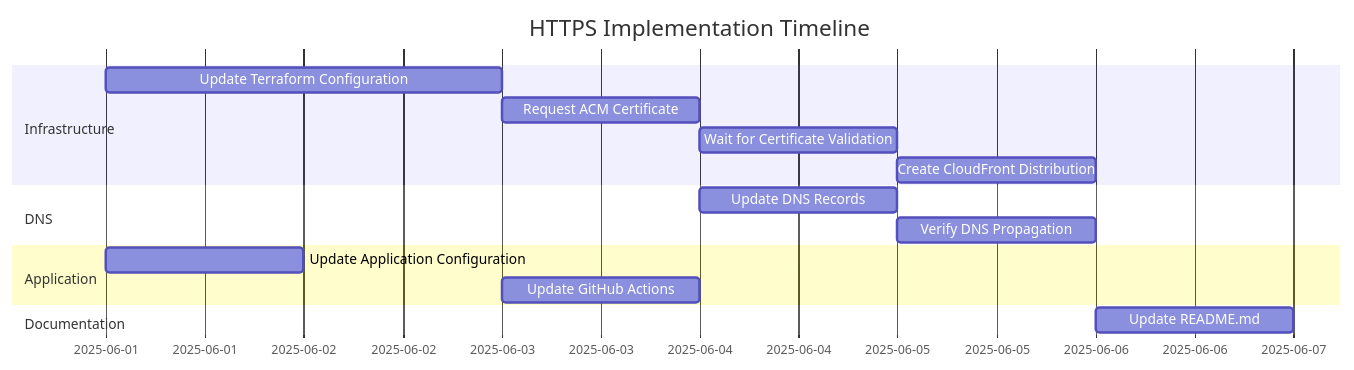
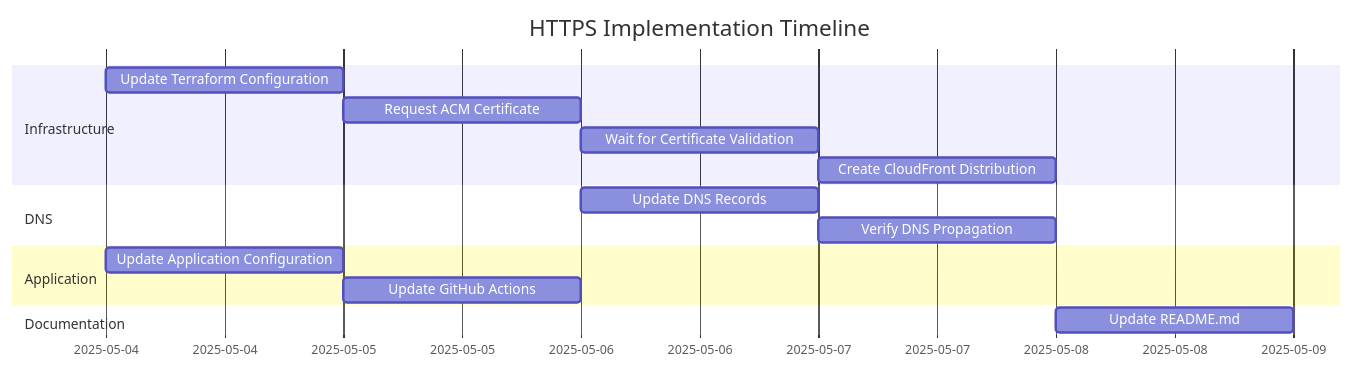
Before and after one commit to declanshanaghy/dollar-game: the second of 2 diagrams in infrastructure-plan.md, drawn with Mermaid. The commit also changed other lines of this file and 17 other files, not shown here.

````diff
--- a/infrastructure-plan.md
+++ b/infrastructure-plan.md
@@ -262,18 +277,18 @@
 ```mermaid
 gantt
     title HTTPS Implementation Timeline
     dateFormat  YYYY-MM-DD
     section Infrastructure
-    Update Terraform Configuration    :a1, 2025-06-01, 2d
+    Update Terraform Configuration    :a1, 2025-05-04, 1d
     Request ACM Certificate          :a2, after a1, 1d
     Wait for Certificate Validation  :a3, after a2, 1d
     Create CloudFront Distribution   :a4, after a3, 1d
     section DNS
     Update DNS Records               :b1, after a2, 1d
     Verify DNS Propagation           :b2, after b1, 1d
     section Application
-    Update Application Configuration :c1, 2025-06-01, 1d
+    Update Application Configuration :c1, 2025-05-04, 1d
     Update GitHub Actions            :c2, after a1, 1d
     section Documentation
     Update README.md                 :d1, after a4, 1d
 ```
````
